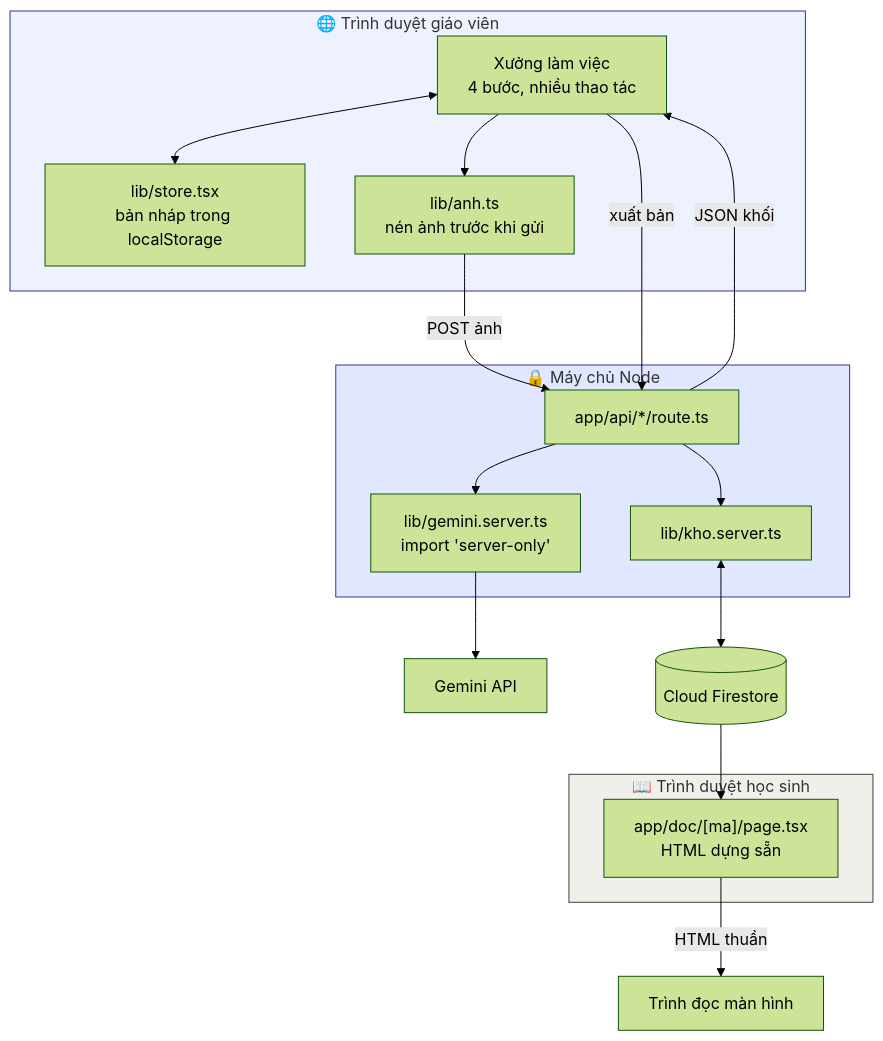
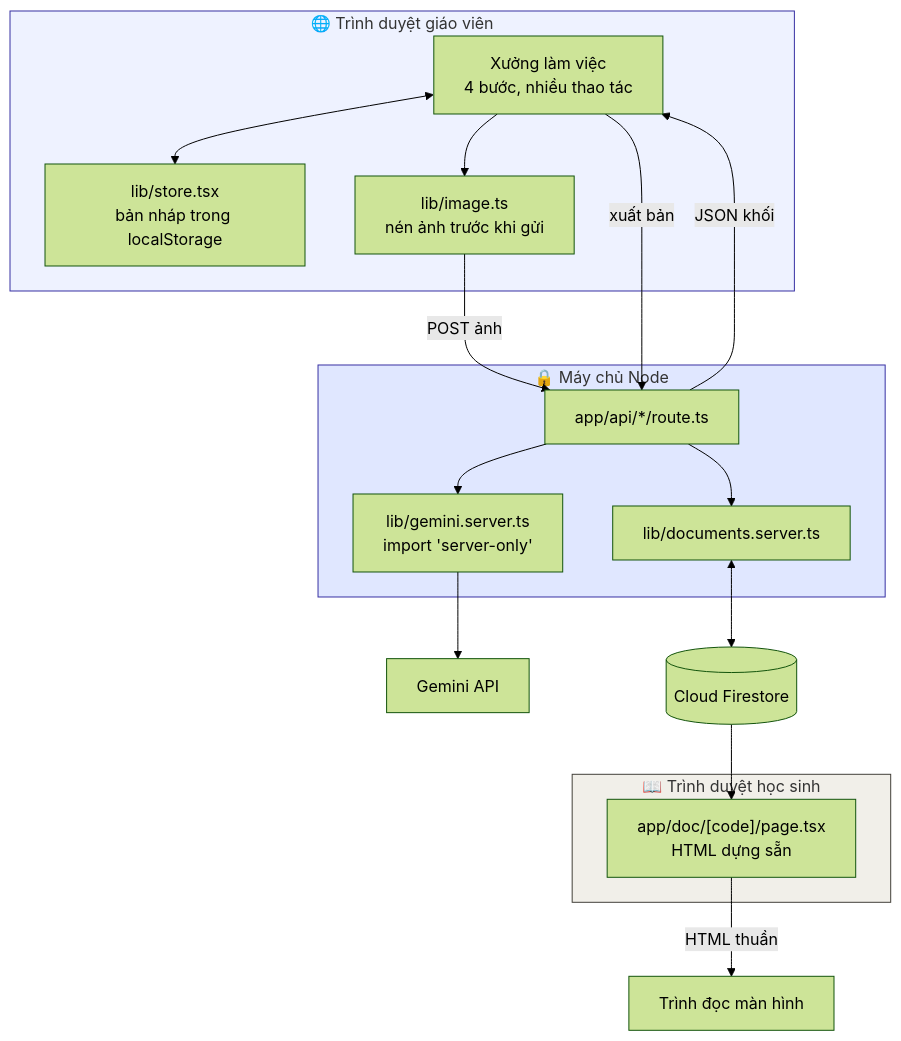
One commit to ZNLong2203/Verso changed the diagram in docs/ARCHITECTURE.md. Above: the diagram before and after it, drawn with Mermaid (forest theme). The commit also changed other lines of this file and 6 other files, not shown here.

````diff
--- a/docs/ARCHITECTURE.md
+++ b/docs/ARCHITECTURE.md
@@ -37,34 +37,34 @@
 ```mermaid
 flowchart TB
     subgraph tr["🌐 Trình duyệt giáo viên"]
         UI["Xưởng làm việc<br/>4 bước, nhiều thao tác"]
         store["lib/store.tsx<br/>bản nháp trong localStorage"]
-        anh["lib/anh.ts<br/>nén ảnh trước khi gửi"]
+        anh["lib/image.ts<br/>nén ảnh trước khi gửi"]
         UI <--> store
         UI --> anh
     end
 
     subgraph mc["🔒 Máy chủ Node"]
         api["app/api/*/route.ts"]
         gem["lib/gemini.server.ts<br/>import 'server-only'"]
-        kho["lib/kho.server.ts"]
+        kho["lib/documents.server.ts"]
         api --> gem
         api --> kho
     end
 
     subgraph hs["📖 Trình duyệt học sinh"]
-        doc["app/doc/[ma]/page.tsx<br/>HTML dựng sẵn"]
+        doc["app/doc/[code]/page.tsx<br/>HTML dựng sẵn"]
     end
 
     anh -->|"POST ảnh"| api
     api -->|"JSON khối"| UI
     UI -->|"xuất bản"| api
     gem --> G["Gemini API"]
     kho <--> F[("Cloud Firestore")]
     F --> doc
     doc -->|"HTML thuần"| SR["Trình đọc màn hình"]
 
     style tr fill:#EEF2FF,stroke:#3730A3
     style mc fill:#E0E7FF,stroke:#3730A3
     style hs fill:#F1EFE9,stroke:#43403A
 ```
````
